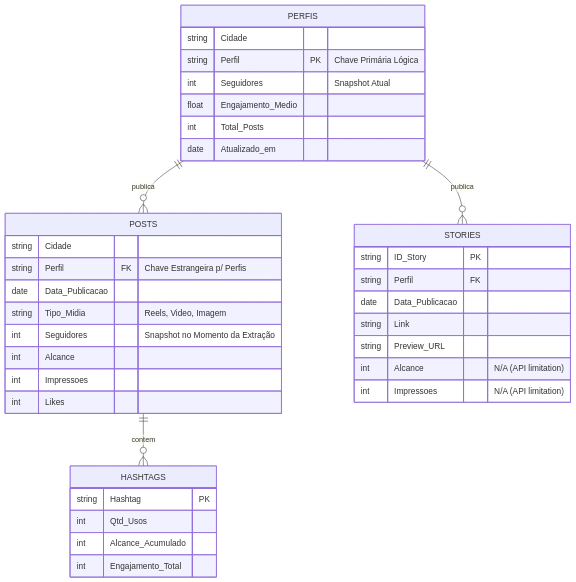
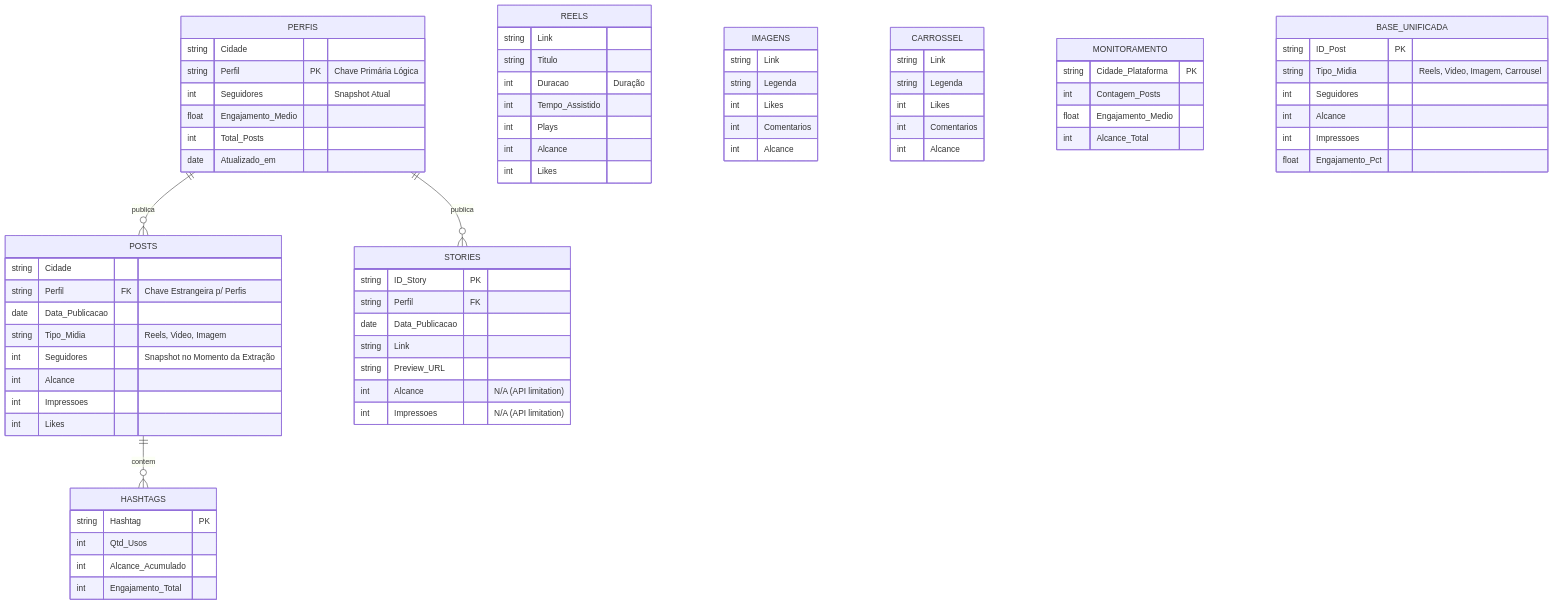
The third of 3 diagrams in Docs/DOC_TECNICA.md (mscarpenter-myside/mycreator-analytics), drawn with Mermaid before and after one commit. The commit also changed other lines of this file, not shown here.

````diff
--- a/Docs/DOC_TECNICA.md
+++ b/Docs/DOC_TECNICA.md
@@ -146,4 +162,46 @@
         int Alcance_Acumulado
         int Engajamento_Total
     }
+
+    REELS {
+        string Link
+        string Titulo
+        int Duracao "Duração"
+        int Tempo_Assistido
+        int Plays
+        int Alcance
+        int Likes
+    }
+
+    IMAGENS {
+        string Link
+        string Legenda
+        int Likes
+        int Comentarios
+        int Alcance
+    }
+
+    CARROSSEL {
+        string Link
+        string Legenda
+        int Likes
+        int Comentarios
+        int Alcance
+    }
+
+    MONITORAMENTO {
+        string Cidade_Plataforma PK
+        int Contagem_Posts
+        float Engajamento_Medio
+        int Alcance_Total
+    }
+
+    BASE_UNIFICADA {
+        string ID_Post PK
+        string Tipo_Midia "Reels, Video, Imagem, Carrousel"
+        int Seguidores
+        int Alcance
+        int Impressoes
+        float Engajamento_Pct
+    }
 ```
````
